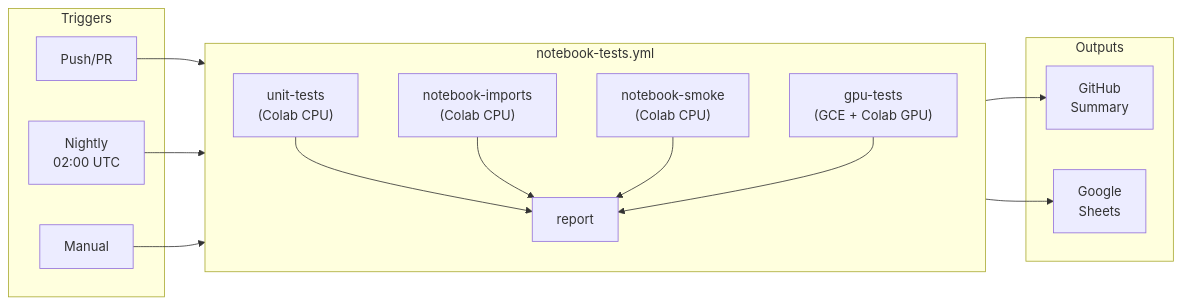
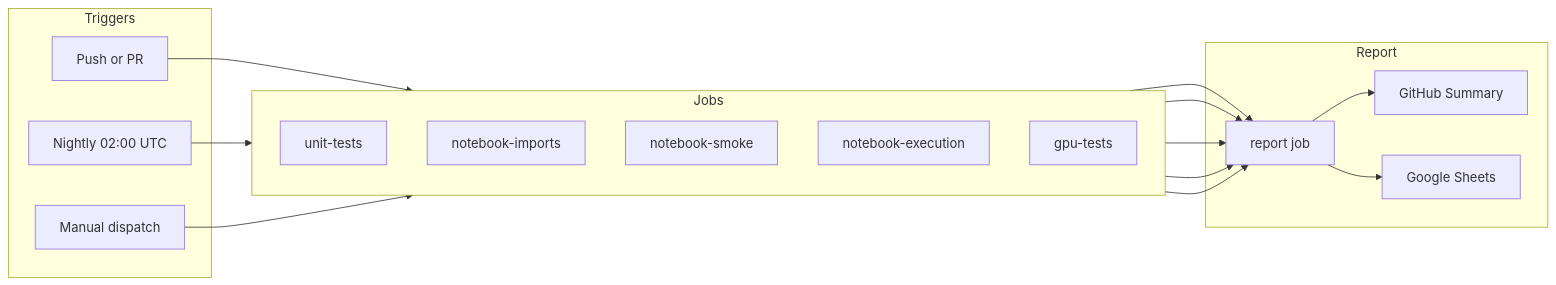
The fifth of 5 diagrams in README.md (rexsimiloluwah/automated-rota-testing), drawn with Mermaid before and after one commit. The commit also changed other lines of this file and 16 other files, not shown here.

First line of the commit message:
feat: add notebook execution to GPU CI and isolate per-notebook pip environments to better simulate Google Colab

````diff
--- a/README.md
+++ b/README.md
@@ -52,33 +126,33 @@
 ```mermaid
 flowchart LR
     subgraph Triggers
-        P["Push/PR"]
-        N["Nightly<br>02:00 UTC"]
-        M["Manual"]
+        P[Push or PR]
+        N[Nightly 02:00 UTC]
+        M[Manual dispatch]
     end
 
-    subgraph Jobs["notebook-tests.yml"]
+    subgraph Jobs
         direction TB
-        UT["unit-tests<br>(Colab CPU)"]
-        NI["notebook-imports<br>(Colab CPU)"]
-        NS["notebook-smoke<br>(Colab CPU)"]
-        GT["gpu-tests<br>(GCE + Colab GPU)"]
-        R["report"]
+        UT[unit-tests]
+        NI[notebook-imports]
+        NS[notebook-smoke]
+        NE[notebook-execution]
+        GT[gpu-tests]
     end
 
-    subgraph Outputs
-        SM["GitHub<br>Summary"]
-        SH["Google<br>Sheets"]
+    subgraph Report
+        R[report job]
+        R --> SM[GitHub Summary]
+        R --> SH[Google Sheets]
     end
 
     P --> Jobs
     N --> Jobs
     M --> Jobs
 
     UT --> R
     NI --> R
     NS --> R
+    NE --> R
     GT --> R
-    R --> SM
-    R --> SH
 ```
````
